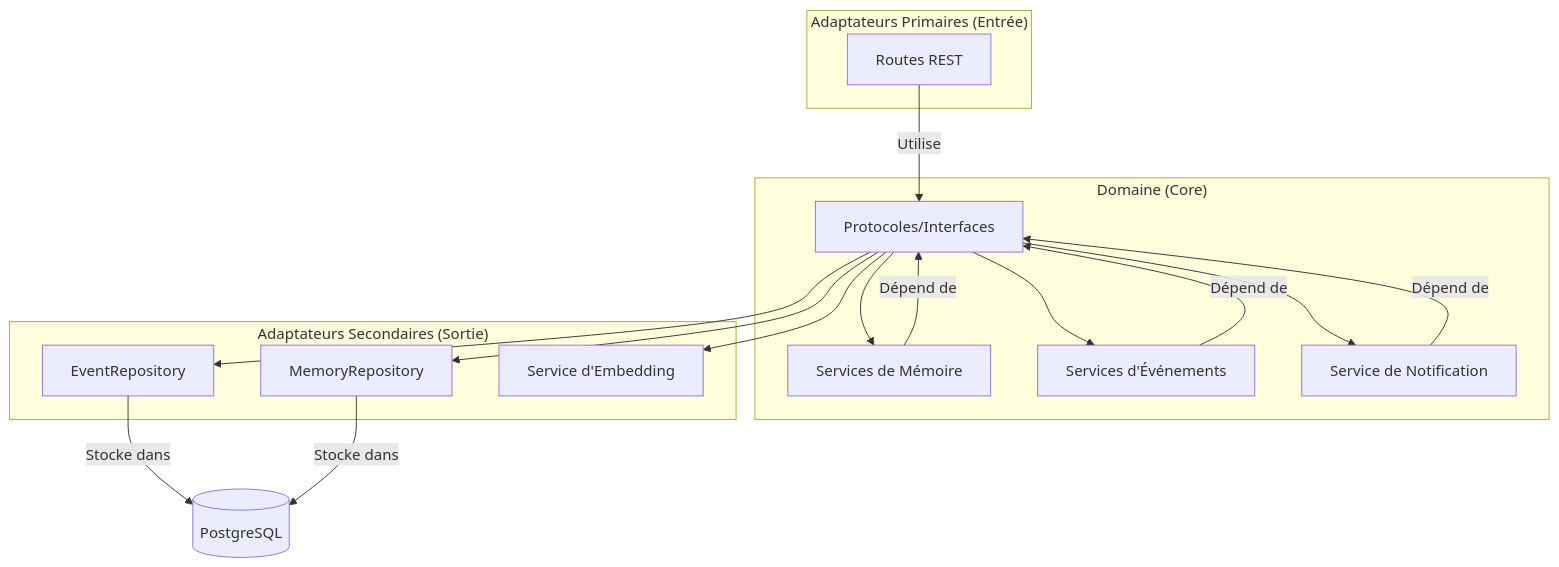
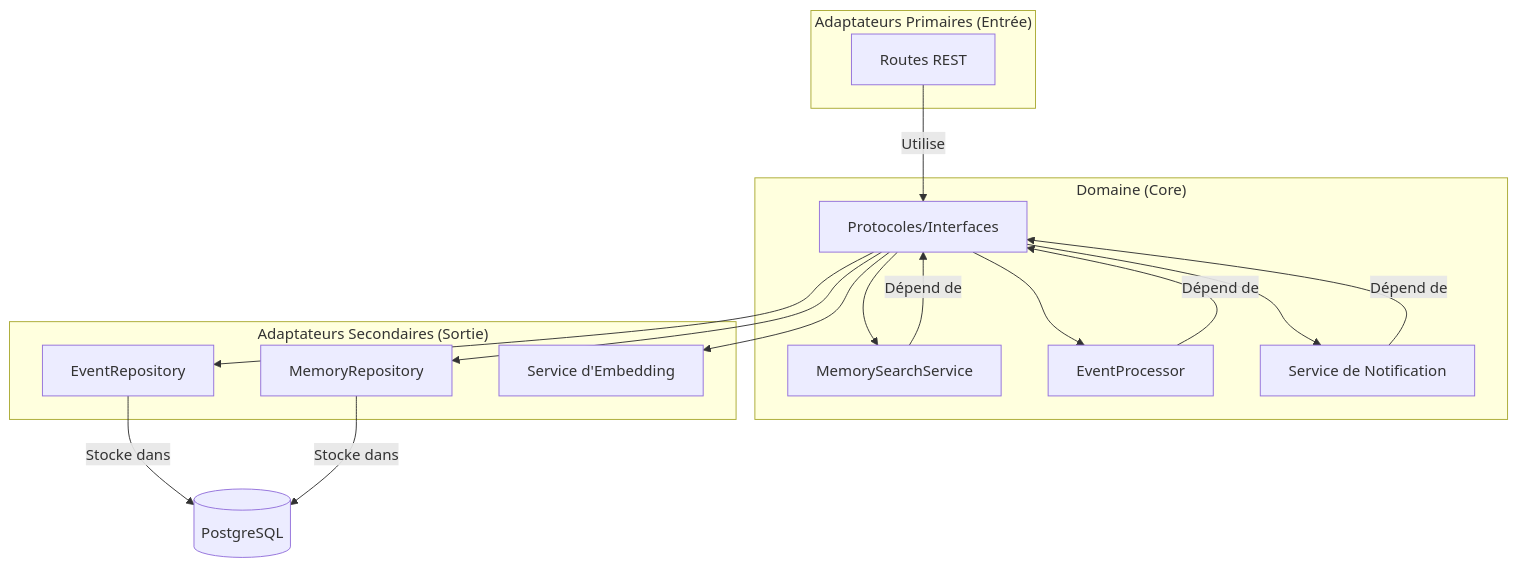
One commit to giak/mnemo-lite changed the second of 8 diagrams in docs/architecture_diagrams.md. Above: the diagram before and after it, drawn with Mermaid. The commit also changed other lines of this file and 69 other files, not shown here.

````diff
--- a/docs/architecture_diagrams.md
+++ b/docs/architecture_diagrams.md
@@ -50,35 +51,35 @@
 ```mermaid
 graph TD
     subgraph "Adaptateurs Primaires (Entrée)"
         RESTRoutes[Routes REST]
     end
     
     subgraph "Domaine (Core)"
         Interfaces[Protocoles/Interfaces]
-        MemoryService[Services de Mémoire]
-        EventService[Services d'Événements]
+        MemorySearchService[MemorySearchService]
+        EventProcessor[EventProcessor]
         NotificationService[Service de Notification]
     end
     
     subgraph "Adaptateurs Secondaires (Sortie)"
         EventRepo[EventRepository]
         MemoryRepo[MemoryRepository]
         EmbeddingImpl[Service d'Embedding]
     end
     
     RESTRoutes --> |Utilise| Interfaces
-    Interfaces --> MemoryService
-    Interfaces --> EventService
+    Interfaces --> MemorySearchService
+    Interfaces --> EventProcessor
     Interfaces --> NotificationService
     
-    MemoryService --> |Dépend de| Interfaces
-    EventService --> |Dépend de| Interfaces
+    MemorySearchService --> |Dépend de| Interfaces
+    EventProcessor --> |Dépend de| Interfaces
     NotificationService --> |Dépend de| Interfaces
     
     Interfaces --> EventRepo
     Interfaces --> MemoryRepo
     Interfaces --> EmbeddingImpl
     
     EventRepo --> |Stocke dans| PostgreSQL[(PostgreSQL)]
     MemoryRepo --> |Stocke dans| PostgreSQL
 ```
````
